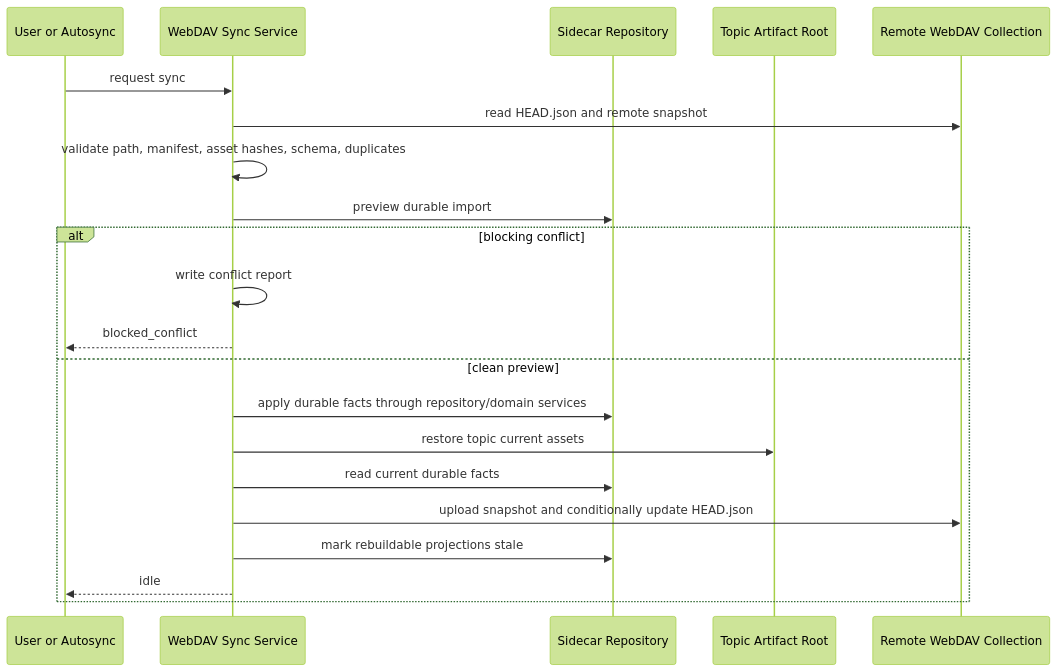
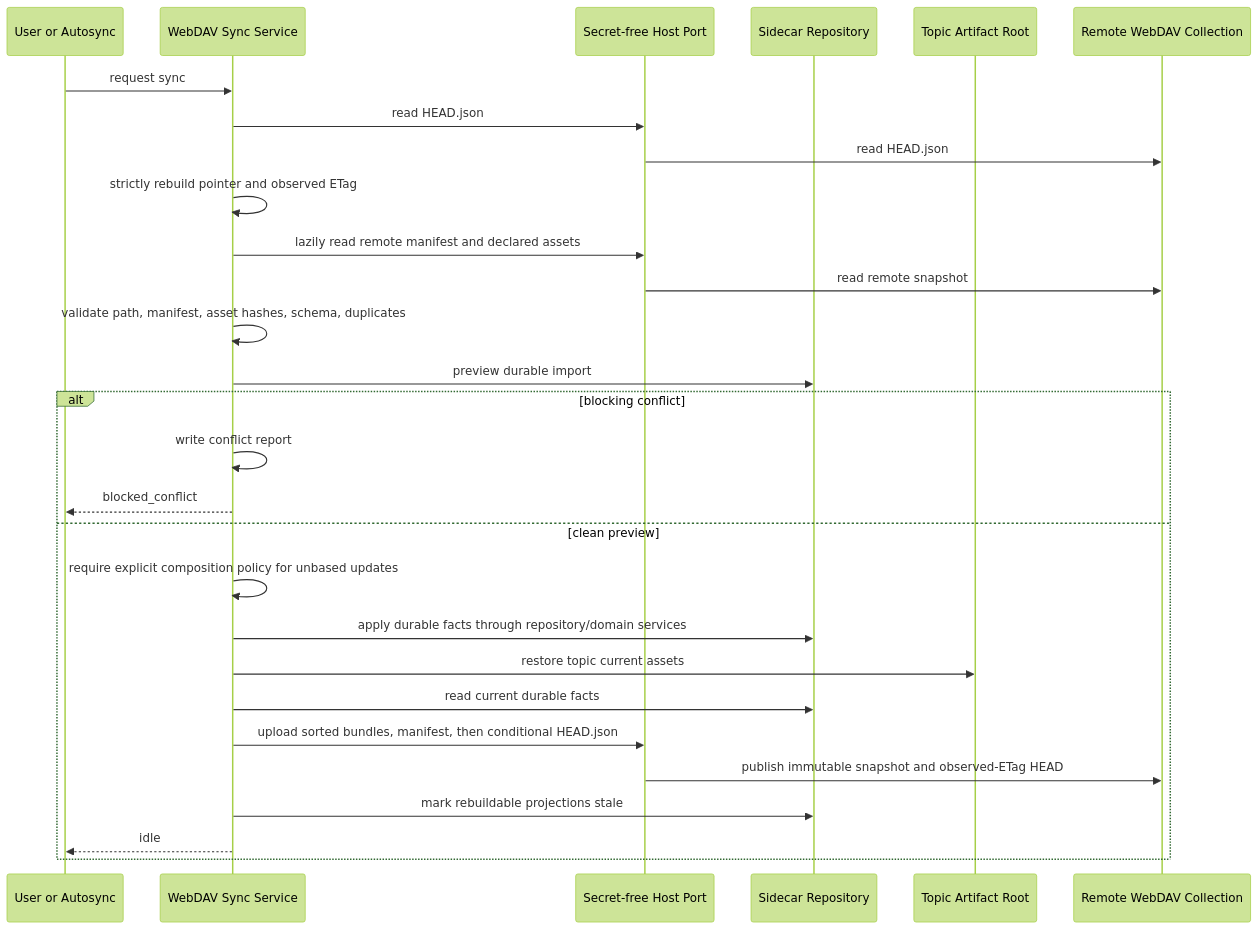
The tenth of 11 diagrams in doc/synthesis-layer/sequences.md (leike0813/zotero-agents), drawn with Mermaid (forest theme) before and after one commit. The commit also changed other lines of this file and 30 other files, not shown here.

````diff
--- a/doc/synthesis-layer/sequences.md
+++ b/doc/synthesis-layer/sequences.md
@@ -290,24 +296,31 @@
 ```mermaid
 sequenceDiagram
   participant U as User or Autosync
   participant W as WebDAV Sync Service
+  participant H as Secret-free Host Port
   participant S as Sidecar Repository
   participant A as Topic Artifact Root
   participant R as Remote WebDAV Collection
 
   U->>W: request sync
-  W->>R: read HEAD.json and remote snapshot
+  W->>H: read HEAD.json
+  H->>R: read HEAD.json
+  W->>W: strictly rebuild pointer and observed ETag
+  W->>H: lazily read remote manifest and declared assets
+  H->>R: read remote snapshot
   W->>W: validate path, manifest, asset hashes, schema, duplicates
   W->>S: preview durable import
   alt blocking conflict
     W->>W: write conflict report
     W-->>U: blocked_conflict
   else clean preview
+    W->>W: require explicit composition policy for unbased updates
     W->>S: apply durable facts through repository/domain services
     W->>A: restore topic current assets
     W->>S: read current durable facts
-    W->>R: upload snapshot and conditionally update HEAD.json
+    W->>H: upload sorted bundles, manifest, then conditional HEAD.json
+    H->>R: publish immutable snapshot and observed-ETag HEAD
     W->>S: mark rebuildable projections stale
     W-->>U: idle
   end
 ```
````
